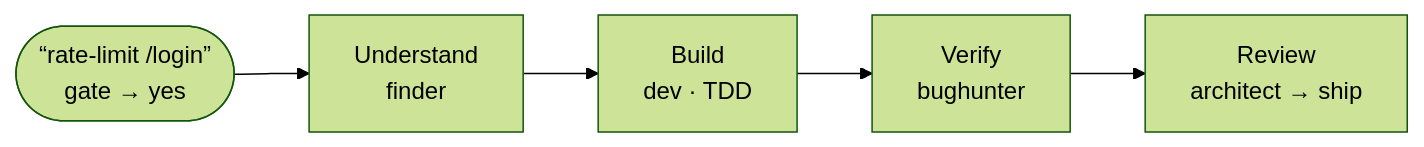
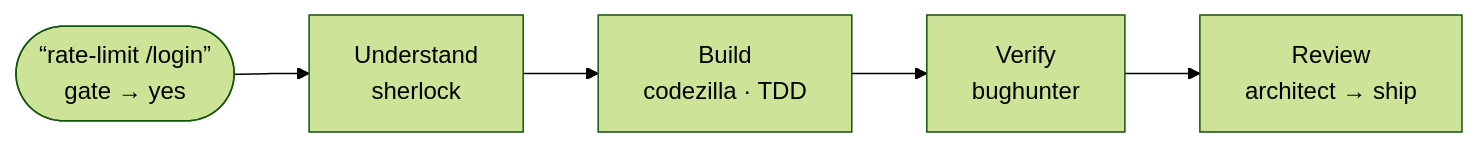
Before and after one commit to cashwanikumar/superflow: the third of 7 diagrams in docs/the-weave-and-the-specbook.md, drawn with Mermaid (forest theme). The commit also changed other lines of this file and 18 other files, not shown here.

First line of the commit message:
Rename dev/finder/pm personas to codezilla/sherlock/bossbaby (#2)

````diff
--- a/docs/the-weave-and-the-specbook.md
+++ b/docs/the-weave-and-the-specbook.md
@@ -70,7 +70,7 @@
 ```mermaid
 flowchart LR
-    Q(["“rate-limit /login”<br/>gate → yes"]) --> U["Understand<br/>finder"]
-    U --> B["Build<br/>dev · TDD"]
+    Q(["“rate-limit /login”<br/>gate → yes"]) --> U["Understand<br/>sherlock"]
+    U --> B["Build<br/>codezilla · TDD"]
     B --> V["Verify<br/>bughunter"]
     V --> R["Review<br/>architect → ship"]
 ```
````
